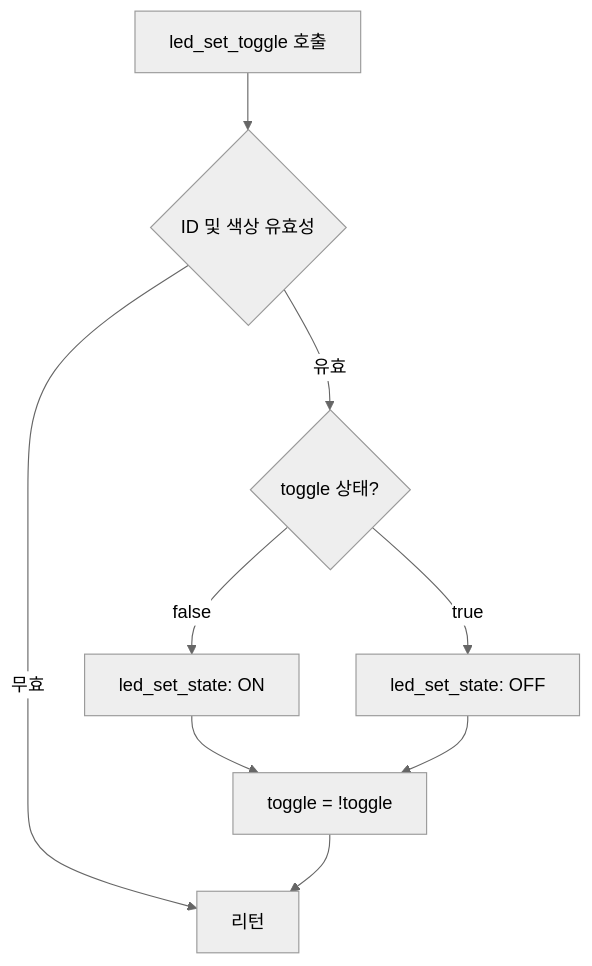
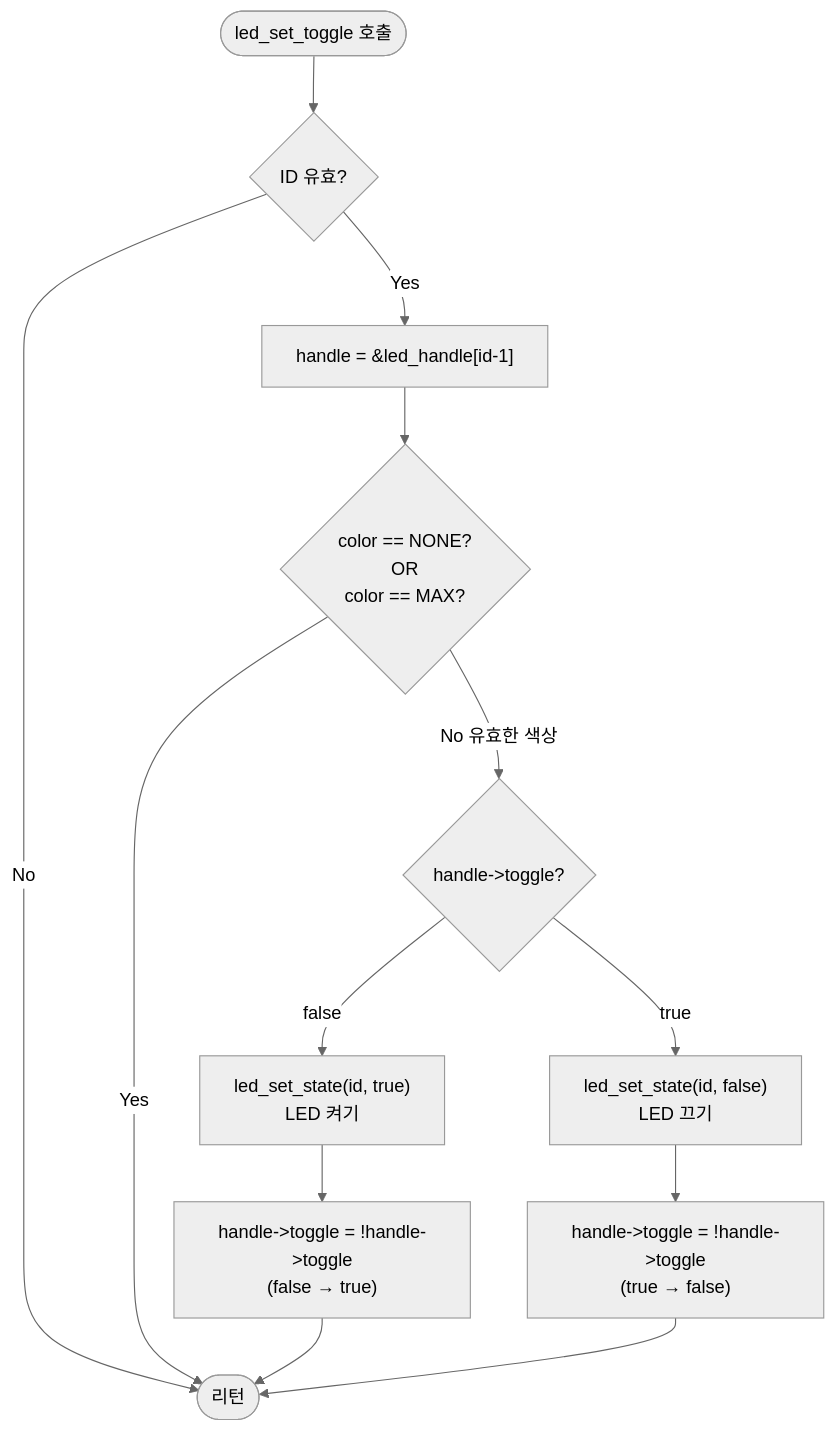
Before and after one commit to mj-kang-iotiz/my_test: the sixth of 7 diagrams in docs/LED_LIBRARY.md, drawn with Mermaid (neutral theme). The commit also changed other lines of this file and 2 other files, not shown here.

First line of the commit message:
docs: GPS, GSM, LED 라이브러리 기술 문서 대폭 보강

````diff
--- a/docs/LED_LIBRARY.md
+++ b/docs/LED_LIBRARY.md
@@ -231,15 +510,20 @@
 ```mermaid
 flowchart TD
-    START[led_set_toggle 호출] --> VALIDATE{ID 및 색상 유효성}
-    VALIDATE -->|무효| END[리턴]
+    START([led_set_toggle 호출]) --> CHECK_ID{ID 유효?}
+    CHECK_ID -->|No| END([리턴])
+    CHECK_ID -->|Yes| GET_HANDLE["handle = &led_handle[id-1]"]
 
-    VALIDATE -->|유효| CHECK_TOGGLE{toggle 상태?}
+    GET_HANDLE --> CHECK_COLOR{color == NONE?<br/>OR<br/>color == MAX?}
 
-    CHECK_TOGGLE -->|false| LED_ON[led_set_state: ON]
-    CHECK_TOGGLE -->|true| LED_OFF[led_set_state: OFF]
+    CHECK_COLOR -->|Yes| END
+    CHECK_COLOR -->|No 유효한 색상| CHECK_TOGGLE{handle->toggle?}
 
-    LED_ON --> FLIP[toggle = !toggle]
-    LED_OFF --> FLIP
+    CHECK_TOGGLE -->|false| LED_ON["led_set_state(id, true)<br/>LED 켜기"]
+    CHECK_TOGGLE -->|true| LED_OFF["led_set_state(id, false)<br/>LED 끄기"]
+
+    LED_ON --> FLIP["handle->toggle = !handle->toggle<br/>(false → true)"]
+    LED_OFF --> FLIP_OFF["handle->toggle = !handle->toggle<br/>(true → false)"]
 
     FLIP --> END
+    FLIP_OFF --> END
 ```
````
